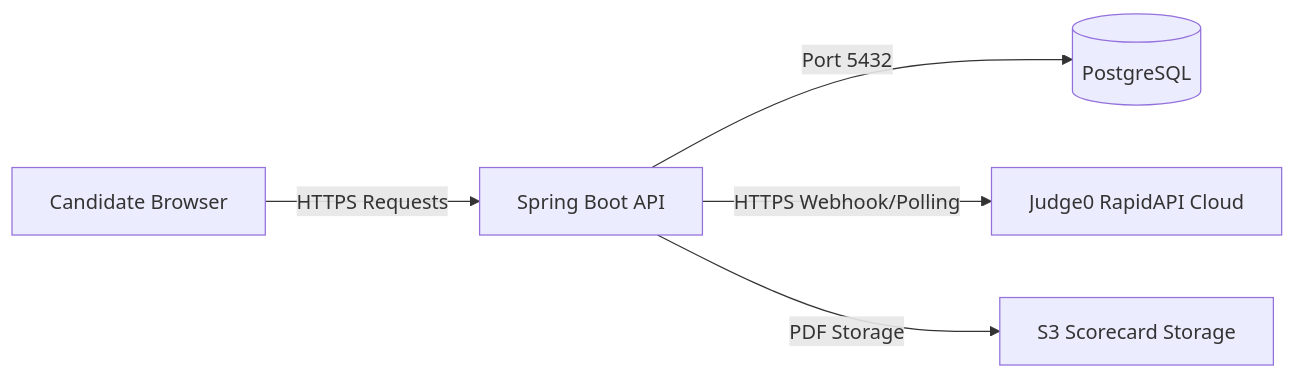
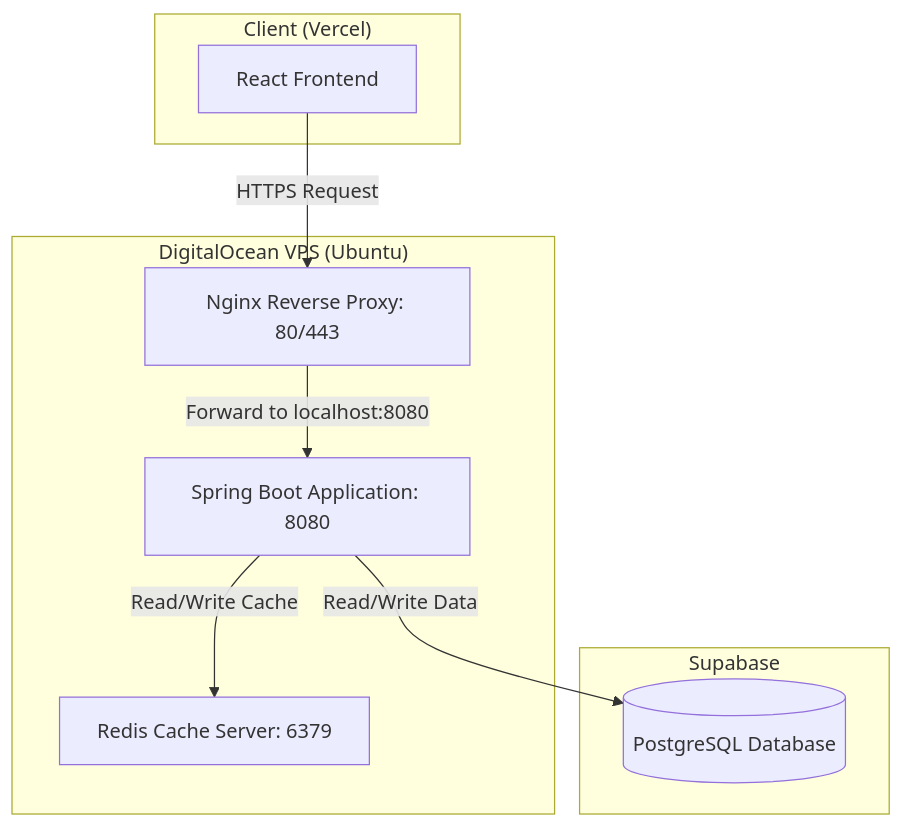
One commit to Techwolf78/skill-track changed the diagram in deployment_backend_plan.md. Above: the diagram before and after it, drawn with Mermaid. The commit also changed other lines of this file, not shown here.

Commit message:
docs: secure and harden VPS deployment plan

````diff
--- a/deployment_backend_plan.md
+++ b/deployment_backend_plan.md
@@ -87,7 +9,21 @@
 ```mermaid
-graph LR
-    Candidate[Candidate Browser] -->|HTTPS Requests| Backend[Spring Boot API]
-    Backend -->|Port 5432| DB[(PostgreSQL)]
-    Backend -->|HTTPS Webhook/Polling| Judge0[Judge0 RapidAPI Cloud]
-    Backend -->|PDF Storage| CloudBucket[S3 Scorecard Storage]
+graph TD
+    subgraph Client ["Client (Vercel)"]
+        FE[React Frontend]
+    end
+
+    subgraph DigitalOcean VPS ["DigitalOcean VPS (Ubuntu)"]
+        NGX[Nginx Reverse Proxy: 80/443]
+        SB[Spring Boot Application: 8080]
+        RD[Redis Cache Server: 6379]
+    end
+
+    subgraph Database ["Supabase"]
+        DB[(PostgreSQL Database)]
+    end
+
+    FE -->|HTTPS Request| NGX
+    NGX -->|Forward to localhost:8080| SB
+    SB -->|Read/Write Cache| RD
+    SB -->|Read/Write Data| DB
 ```
````
